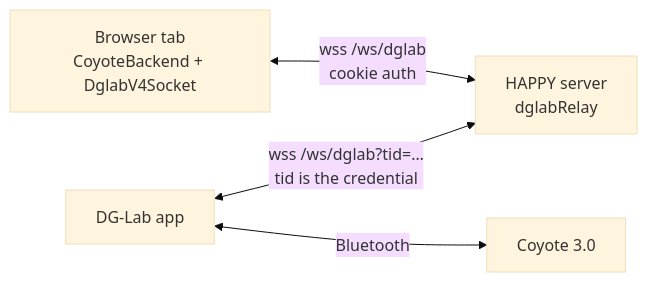
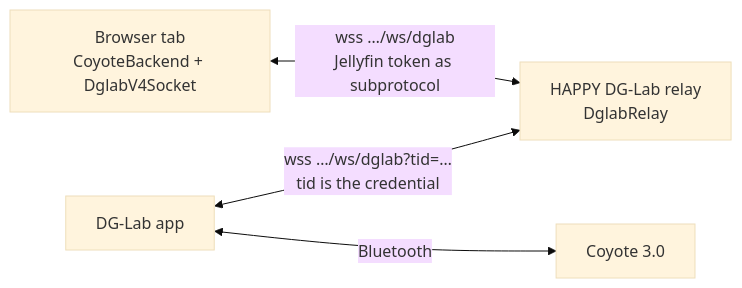
Before and after one commit to lumbar-spine-support/docker-haptic-player: the first of 3 diagrams in docs/developer/use-cases/coyote-pairing.md, drawn with Mermaid (base theme). The commit also changed other lines of this file and 219 other files, not shown here.

````diff
--- a/docs/developer/use-cases/coyote-pairing.md
+++ b/docs/developer/use-cases/coyote-pairing.md
@@ -9,6 +9,6 @@
 ```mermaid
 flowchart LR
-  Browser["Browser tab<br/>CoyoteBackend + DglabV4Socket"] <-- "wss /ws/dglab<br/>cookie auth" --> Relay["HAPPY server<br/>dglabRelay"]
-  Phone["DG-Lab app"] <-- "wss /ws/dglab?tid=…<br/>tid is the credential" --> Relay
+  Browser["Browser tab<br/>CoyoteBackend + DglabV4Socket"] <-- "wss …/ws/dglab<br/>Jellyfin token as subprotocol" --> Relay["HAPPY DG-Lab relay<br/>DglabRelay"]
+  Phone["DG-Lab app"] <-- "wss …/ws/dglab?tid=…<br/>tid is the credential" --> Relay
   Phone <-- Bluetooth --> Coyote["Coyote 3.0"]
 ```
````
